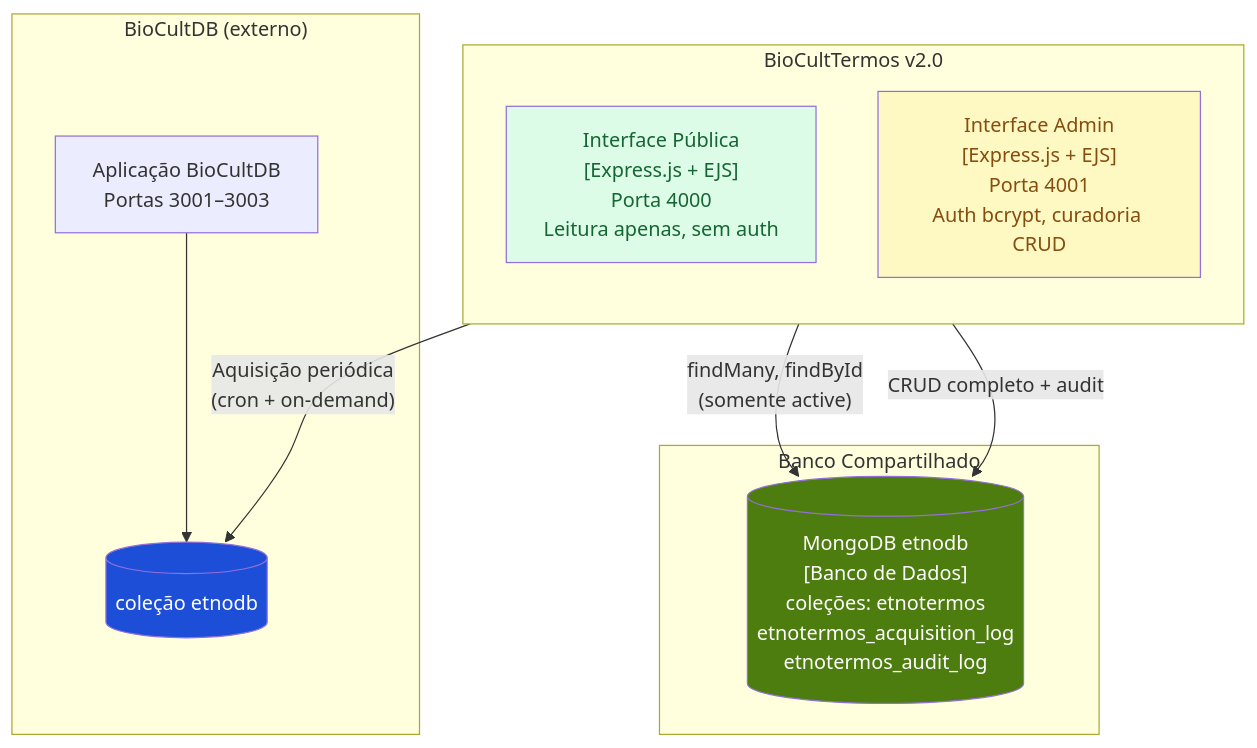
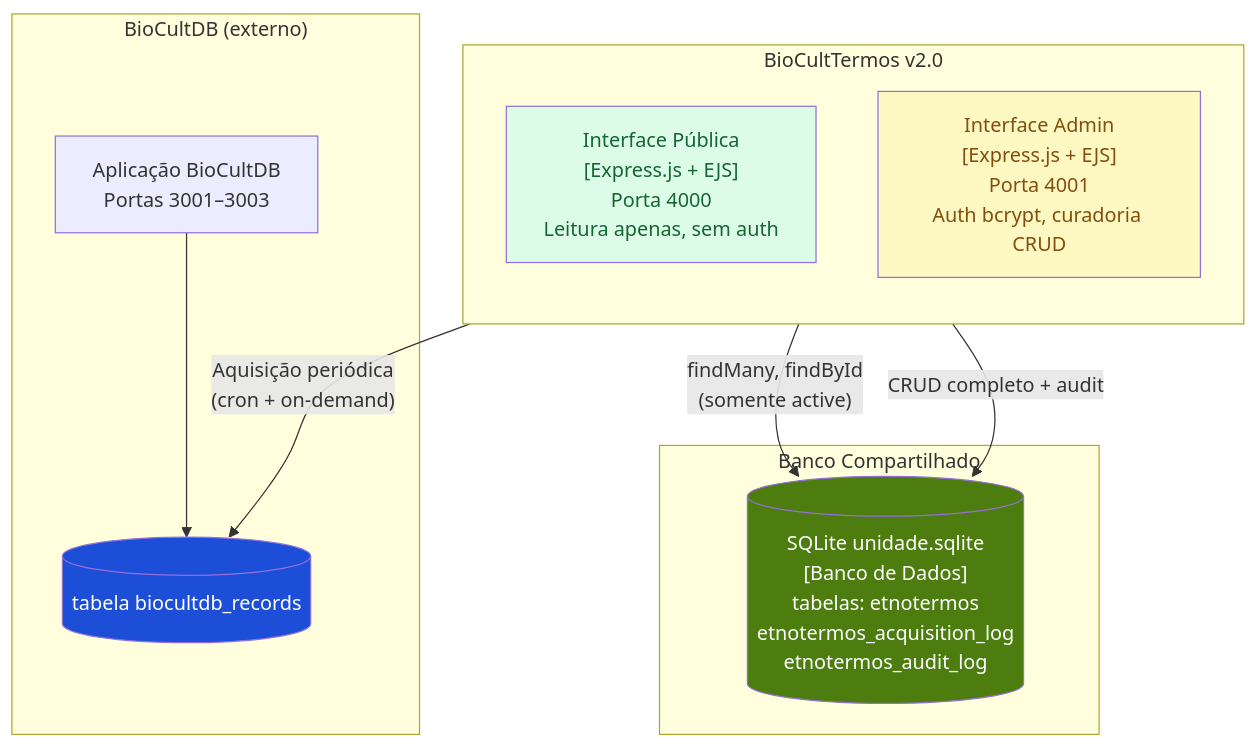
The second of 6 diagrams in README.md (edalcin/etnotermos), drawn with Mermaid before and after one commit. The commit also changed other lines of this file and 54 other files, not shown here.

First line of the commit message:
feat: migra backend para SQLite com JSON1, substitui MongoDB (ADR-005)

````diff
--- a/README.md
+++ b/README.md
@@ -158,27 +158,27 @@
 ```mermaid
 graph TD
     subgraph BioCultTermos["BioCultTermos v2.0"]
         direction TB
         PUB["Interface Pública\n[Express.js + EJS]\nPorta 4000\nLeitura apenas, sem auth"]
         ADM["Interface Admin\n[Express.js + EJS]\nPorta 4001\nAuth bcrypt, curadoria CRUD"]
     end
 
     subgraph Shared["Banco Compartilhado"]
-        MDB[("MongoDB etnodb\n[Banco de Dados]\ncoleções: etnotermos\netnotermos_acquisition_log\netnotermos_audit_log")]
+        SDB[("SQLite unidade.sqlite\n[Banco de Dados]\ntabelas: etnotermos\netnotermos_acquisition_log\netnotermos_audit_log")]
     end
 
     subgraph BioCultDB["BioCultDB (externo)"]
         EDBAPP["Aplicação BioCultDB\nPortas 3001–3003"]
-        EDBCOL[("coleção etnodb")]
+        EDBTBL[("tabela biocultdb_records")]
     end
 
-    PUB -->|"findMany, findById\n(somente active)"| MDB
-    ADM -->|"CRUD completo + audit"| MDB
-    ADM -->|"Aquisição periódica\n(cron + on-demand)"| EDBCOL
-    EDBAPP --> EDBCOL
+    PUB -->|"findMany, findById\n(somente active)"| SDB
+    ADM -->|"CRUD completo + audit"| SDB
+    ADM -->|"Aquisição periódica\n(cron + on-demand)"| EDBTBL
+    EDBAPP --> EDBTBL
 
     style PUB fill:#dcfce7,color:#166534
     style ADM fill:#fef9c3,color:#854d0e
-    style MDB fill:#4d7c0f,color:#fff
-    style EDBCOL fill:#1d4ed8,color:#fff
+    style SDB fill:#4d7c0f,color:#fff
+    style EDBTBL fill:#1d4ed8,color:#fff
 ```
````
